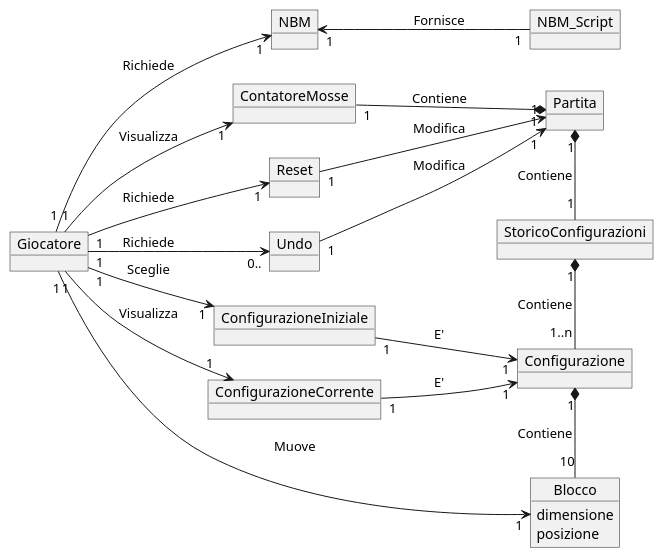
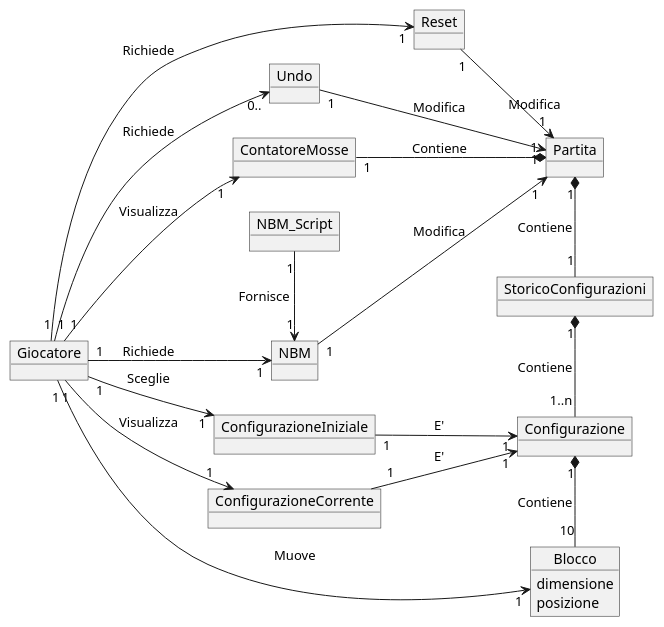
Before and after one commit to bellins14/klotski_gruppo2: the diagram in resources/Domain_Model.md, drawn with PlantUML.

````diff
--- a/resources/Domain_Model.md
+++ b/resources/Domain_Model.md
@@ -5,57 +5,58 @@
 ```plantuml
 @startuml
 
 left to right direction
 object Giocatore
 object Configurazione
 
 object Blocco{
   dimensione
   posizione
 }
 
 object Partita
 object StoricoConfigurazioni
 object NBM_Script
 object NBM
 object Reset
 object Undo
 object ConfigurazioneIniziale
 object ConfigurazioneCorrente
 object ContatoreMosse
 
-
 Giocatore "1" --> "1" ConfigurazioneIniziale : Sceglie
 
 ConfigurazioneIniziale "1" --> "1" Configurazione : E'
+
+Giocatore "1" --> "1" ConfigurazioneCorrente : Visualizza
 
 ConfigurazioneCorrente "1" --> "1" Configurazione : E'
 
 Giocatore "1" --> "1" Blocco : Muove
 
-Giocatore "1" --> "1" ConfigurazioneCorrente : Visualizza
+Configurazione "1" *-right- "10" Blocco : \nContiene\n
 
 StoricoConfigurazioni "1" *-right- "1..n" Configurazione : \nContiene\n
 
-Configurazione "1" *-right- "10" Blocco : \nContiene\n
-
 StoricoConfigurazioni "1" -left-* "1" Partita : \nContiene\n
 
-NBM_Script "1" -up-> "1" NBM : Fornisce
+NBM_Script "1" -right-> "1" NBM : \nFornisce\n
 
 Giocatore "1" --> "1" Reset : Richiede
 
 Giocatore "1" --> "0.." Undo : Richiede
 
 Giocatore "1" --> "1" NBM : Richiede
 
+NBM "1" -right-> "1" Partita : Modifica
+
 Giocatore "1" --> "1" ContatoreMosse : Visualizza
 
 ContatoreMosse "1" -down-* "1" Partita : Contiene
 
-Reset "1" --> "1" Partita : Modifica
+Reset "1" -right-> "1" Partita : Modifica
 
 Undo "1" --> "1" Partita : Modifica
 
 @enduml
 ```
````
